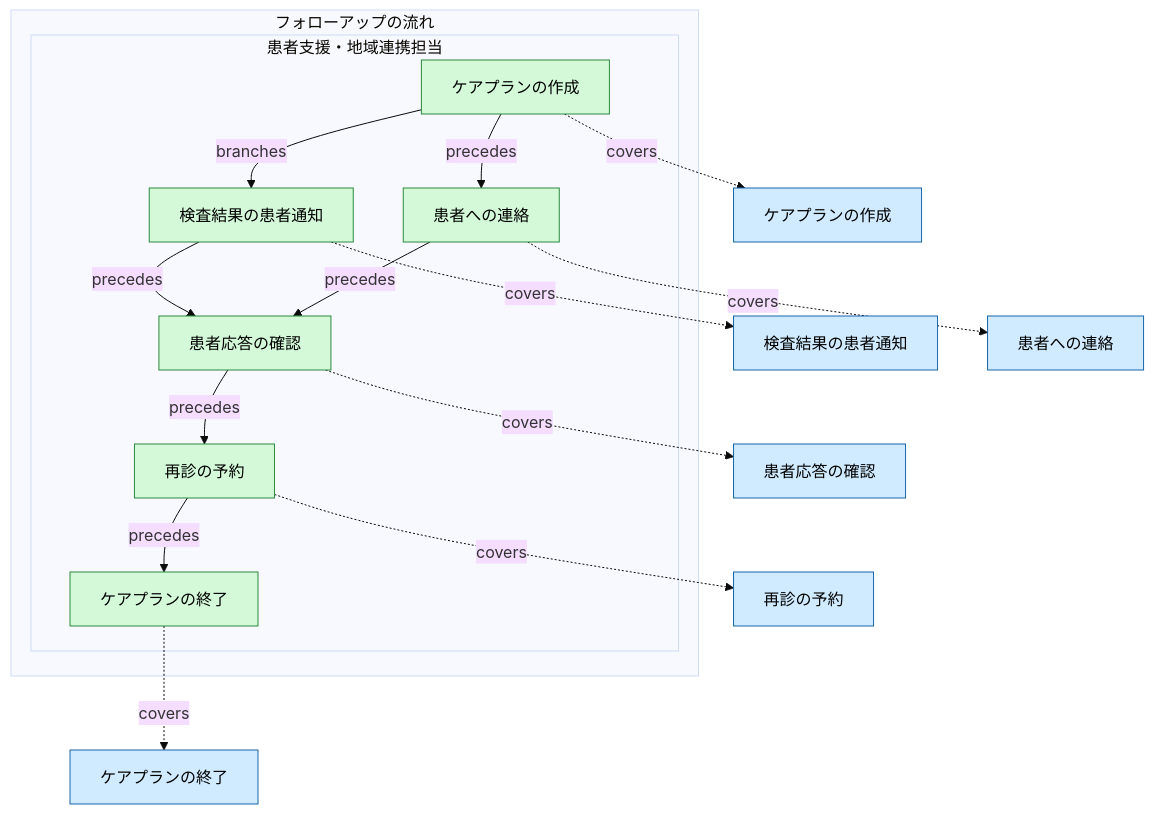
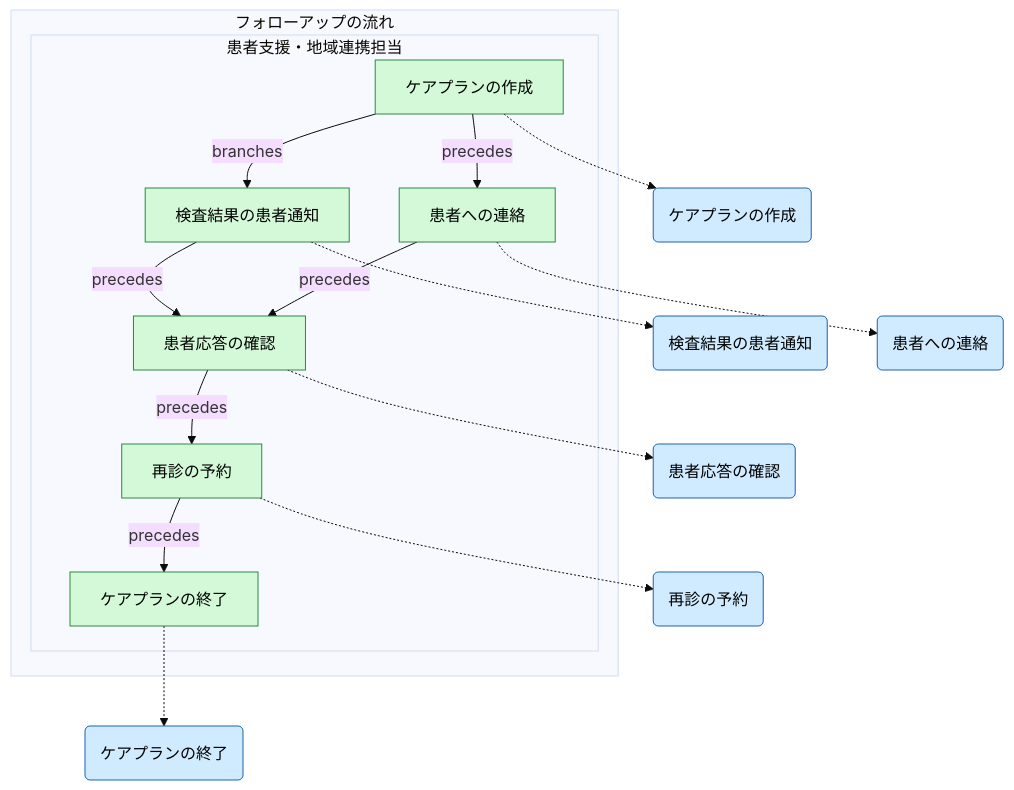
Before and after one commit to manji-0/rdra-ish-dsl: diagram 12 of 12 in samples/clinic-ops/prd.md, drawn with Mermaid (base theme). The commit also changed other lines of this file and 95 other files, not shown here.

````diff
--- a/samples/clinic-ops/prd.md
+++ b/samples/clinic-ops/prd.md
@@ -919,45 +919,45 @@
 ```mermaid
 %% rdra-ish diagram=flow scope=buc:BucFollowupCare model=samples/clinic-ops
 %% kinds: flow step lane usecase
 %% omitted: buc
 flowchart TD
   subgraph flow__FollowupFlow["フォローアップの流れ"]
     subgraph lane__FollowupFlow__CareCoordinator["患者支援・地域連携担当"]
       %% lane lane__FollowupFlow__CareCoordinator: actor__CareCoordinator
       step__CarePlanStep["ケアプランの作成"]:::step
       step__FollowUpMsgStep["患者への連絡"]:::step
       step__PlanCloseStep["ケアプランの終了"]:::step
       step__ResponseStep["患者応答の確認"]:::step
       step__ResultNoticeStep["検査結果の患者通知"]:::step
       step__RevisitStep["再診の予約"]:::step
     end
   end
-  usecase__CloseCarePlan["ケアプランの終了"]:::usecase
+  usecase__CloseCarePlan("ケアプランの終了"):::usecase
   %% desc usecase__CloseCarePlan: ケアプラン終了。
-  usecase__CreateCarePlan["ケアプランの作成"]:::usecase
+  usecase__CreateCarePlan("ケアプランの作成"):::usecase
   %% desc usecase__CreateCarePlan: 署名イベントからのケアプラン作成。
-  usecase__NotifyPatientResult["検査結果の患者通知"]:::usecase
+  usecase__NotifyPatientResult("検査結果の患者通知"):::usecase
   %% desc usecase__NotifyPatientResult: 結果の患者通知。
-  usecase__ReviewPatientResponse["患者応答の確認"]:::usecase
+  usecase__ReviewPatientResponse("患者応答の確認"):::usecase
   %% desc usecase__ReviewPatientResponse: 患者応答の確認。
-  usecase__ScheduleFollowUpVisit["再診の予約"]:::usecase
+  usecase__ScheduleFollowUpVisit("再診の予約"):::usecase
   %% desc usecase__ScheduleFollowUpVisit: 再診予約。
-  usecase__SendFollowUpMessage["患者への連絡"]:::usecase
+  usecase__SendFollowUpMessage("患者への連絡"):::usecase
   %% desc usecase__SendFollowUpMessage: 患者連絡。
   step__CarePlanStep -->|branches| step__ResultNoticeStep
-  step__CarePlanStep -.->|covers| usecase__CreateCarePlan
+  step__CarePlanStep -.-> usecase__CreateCarePlan
   step__CarePlanStep -->|precedes| step__FollowUpMsgStep
-  step__FollowUpMsgStep -.->|covers| usecase__SendFollowUpMessage
+  step__FollowUpMsgStep -.-> usecase__SendFollowUpMessage
   step__FollowUpMsgStep -->|precedes| step__ResponseStep
-  step__PlanCloseStep -.->|covers| usecase__CloseCarePlan
-  step__ResponseStep -.->|covers| usecase__ReviewPatientResponse
+  step__PlanCloseStep -.-> usecase__CloseCarePlan
+  step__ResponseStep -.-> usecase__ReviewPatientResponse
   step__ResponseStep -->|precedes| step__RevisitStep
-  step__ResultNoticeStep -.->|covers| usecase__NotifyPatientResult
+  step__ResultNoticeStep -.-> usecase__NotifyPatientResult
   step__ResultNoticeStep -->|precedes| step__ResponseStep
-  step__RevisitStep -.->|covers| usecase__ScheduleFollowUpVisit
+  step__RevisitStep -.-> usecase__ScheduleFollowUpVisit
   step__RevisitStep -->|precedes| step__PlanCloseStep
   classDef flow fill:#d3f9d8,stroke:#2b8a3e,color:#000;
   classDef step fill:#d3f9d8,stroke:#2b8a3e,color:#000;
   classDef lane fill:#d3f9d8,stroke:#2b8a3e,color:#000;
   classDef usecase fill:#d0ebff,stroke:#1864ab,color:#000;
 ```
````
